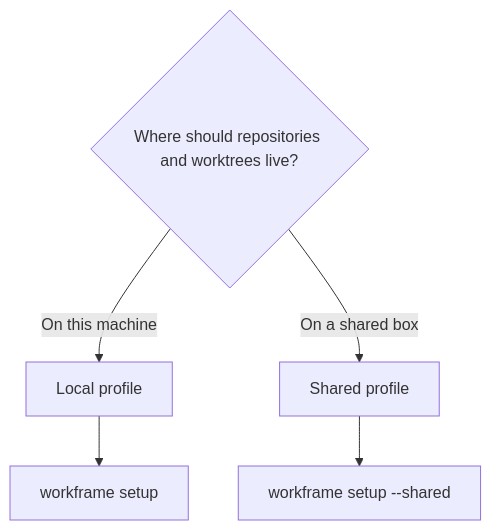
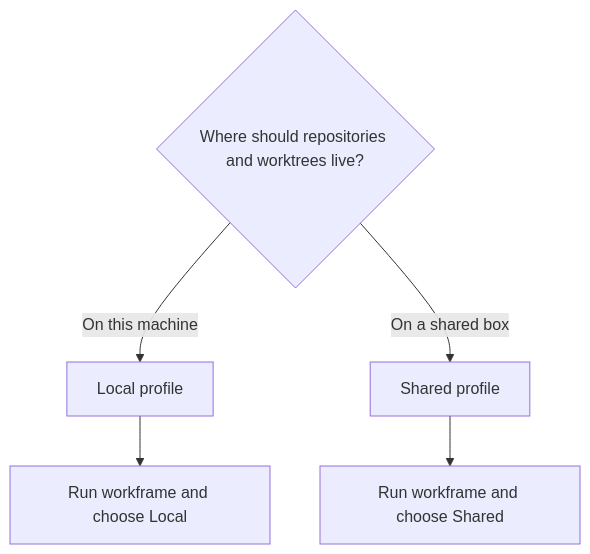
One commit to fschrhunt/code changed the diagram in docs/README.md. Above: the diagram before and after it, drawn with Mermaid. The commit also changed other lines of this file and 13 other files, not shown here.

````diff
--- a/docs/README.md
+++ b/docs/README.md
@@ -28,8 +28,8 @@
 ```mermaid
 flowchart TD
     A{Where should repositories and worktrees live?}
     A -->|On this machine| B[Local profile]
     A -->|On a shared box| C[Shared profile]
-    B --> D[workframe setup]
-    C --> E[workframe setup --shared]
+    B --> D[Run workframe and choose Local]
+    C --> E[Run workframe and choose Shared]
 ```
````
